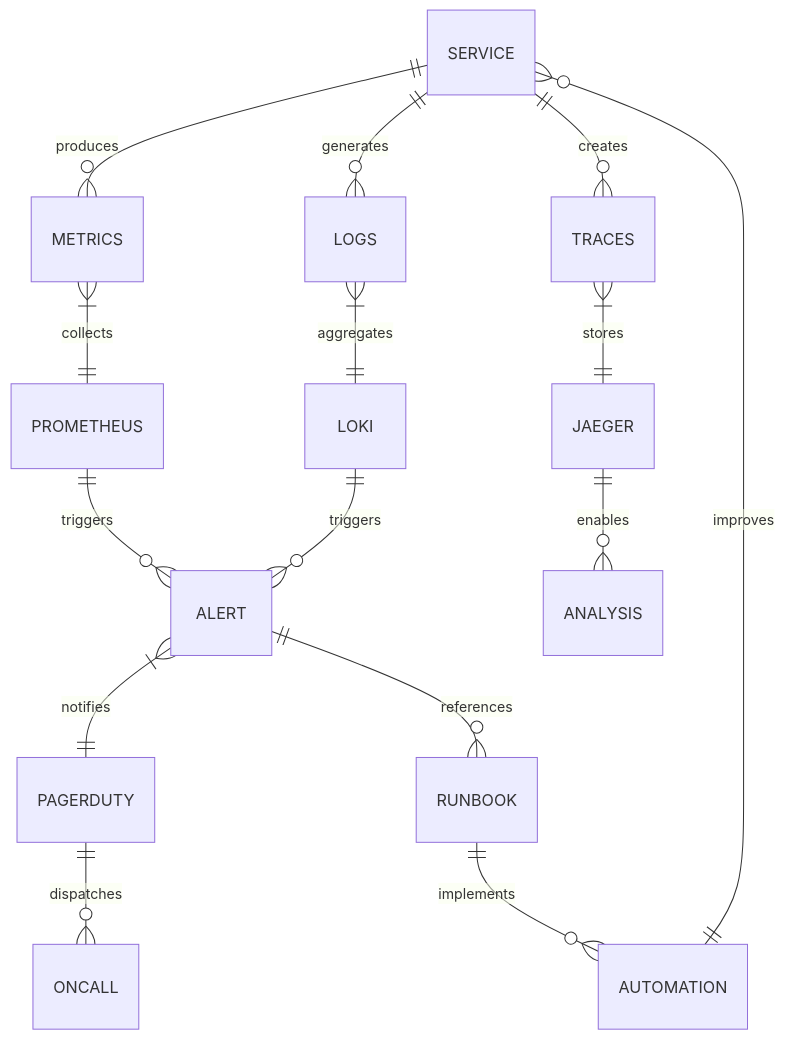
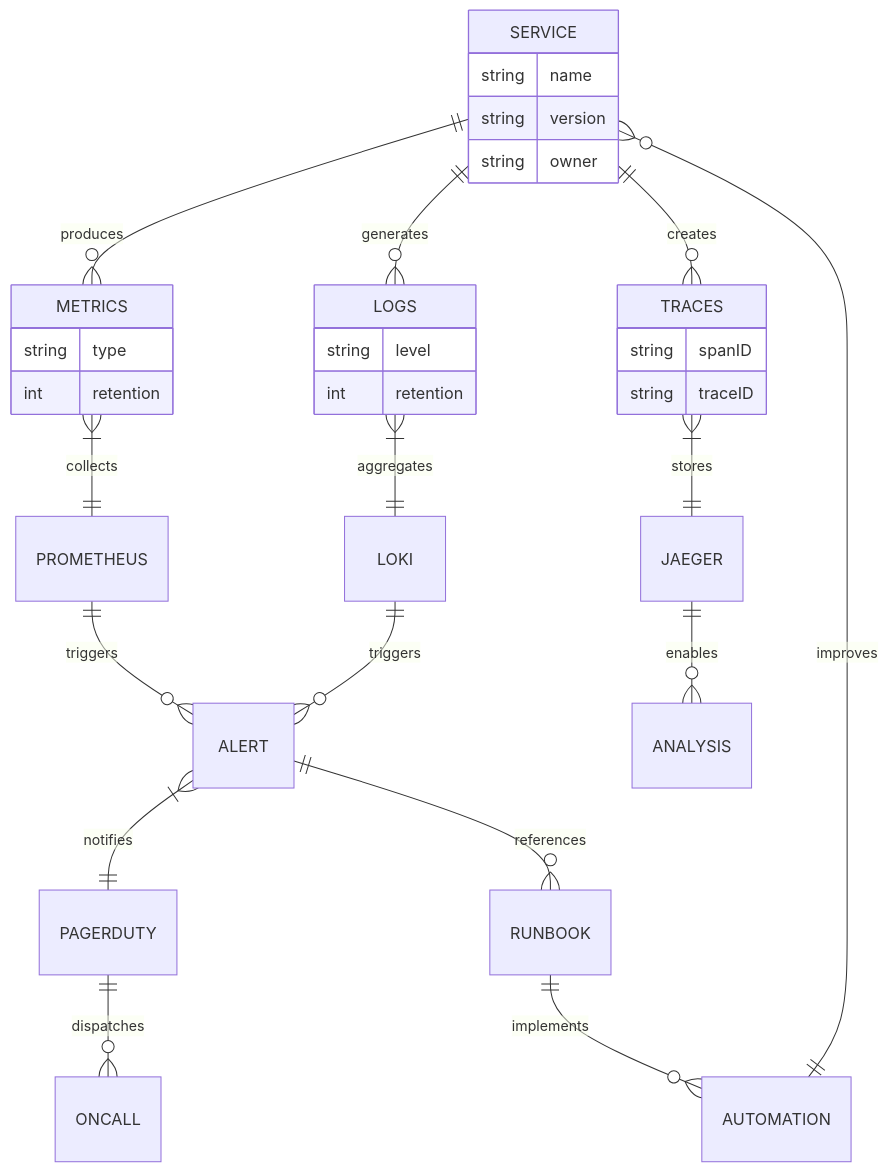
One commit to t-vana4/3shake-marp-templates changed the third of 8 diagrams in examples/3shake-presentation-nwiizo-edition.md. Above: the diagram before and after it, drawn with Mermaid. The commit also changed other lines of this file, not shown here.

```diff
--- a/examples/3shake-presentation-nwiizo-edition.md
+++ b/examples/3shake-presentation-nwiizo-edition.md
@@ -461,22 +591,42 @@
 <pre class="mermaid mermaid-auto-xs">
 erDiagram
+    %% エンティティ定義
+    SERVICE {
+        string name
+        string version
+        string owner
+    }
+    METRICS {
+        string type
+        int retention
+    }
+    LOGS {
+        string level
+        int retention
+    }
+    TRACES {
+        string spanID
+        string traceID
+    }
+    
+    %% リレーションシップ
     SERVICE ||--o{ METRICS : produces
     SERVICE ||--o{ LOGS : generates
     SERVICE ||--o{ TRACES : creates
     
     METRICS }|--|| PROMETHEUS : collects
     LOGS }|--|| LOKI : aggregates
     TRACES }|--|| JAEGER : stores
     
     PROMETHEUS ||--o{ ALERT : triggers
     LOKI ||--o{ ALERT : triggers
     JAEGER ||--o{ ANALYSIS : enables
     
     ALERT }|--|| PAGERDUTY : notifies
     ALERT ||--o{ RUNBOOK : references
     
     PAGERDUTY ||--o{ ONCALL : dispatches
     RUNBOOK ||--o{ AUTOMATION : implements
     
     AUTOMATION ||--o{ SERVICE : improves
 </pre>
```
